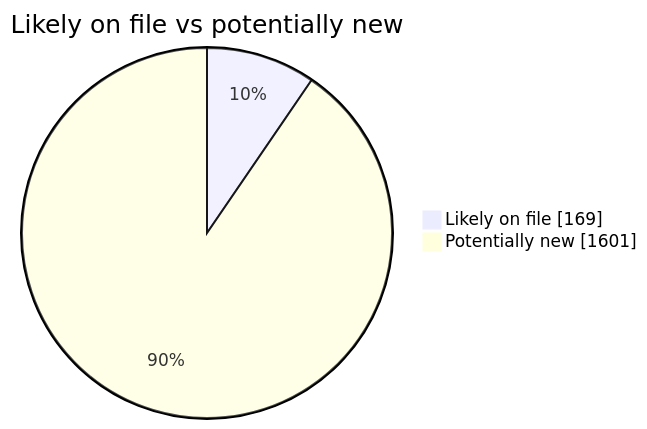
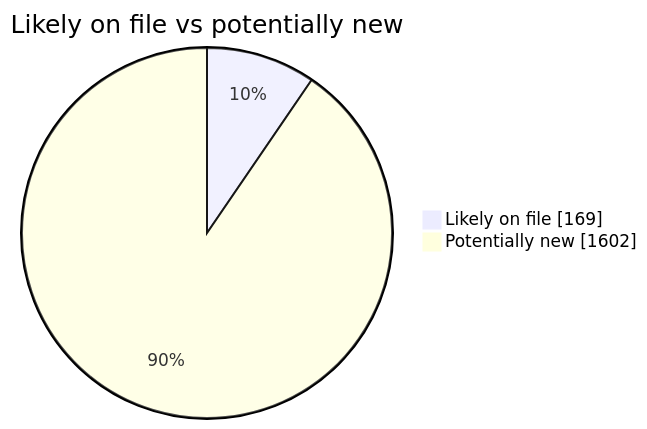
One commit to martinbalfanz/social-scanner-reports changed the second of 4 diagrams in README.md. Above: the diagram before and after it, drawn with Mermaid. The commit also changed other lines of this file and 4 other files, not shown here.

````diff
--- a/README.md
+++ b/README.md
@@ -40,5 +40,5 @@
 ```mermaid
 pie showData title Likely on file vs potentially new
     "Likely on file" : 169
-    "Potentially new" : 1601
+    "Potentially new" : 1602
 ```
````
